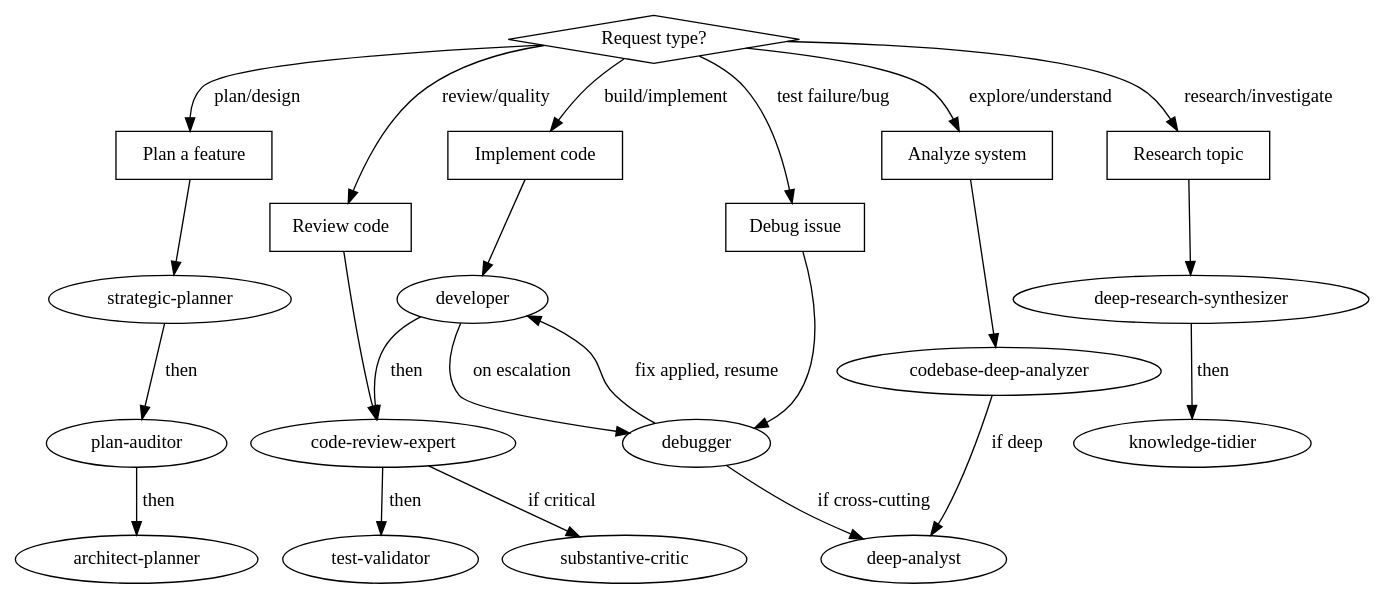
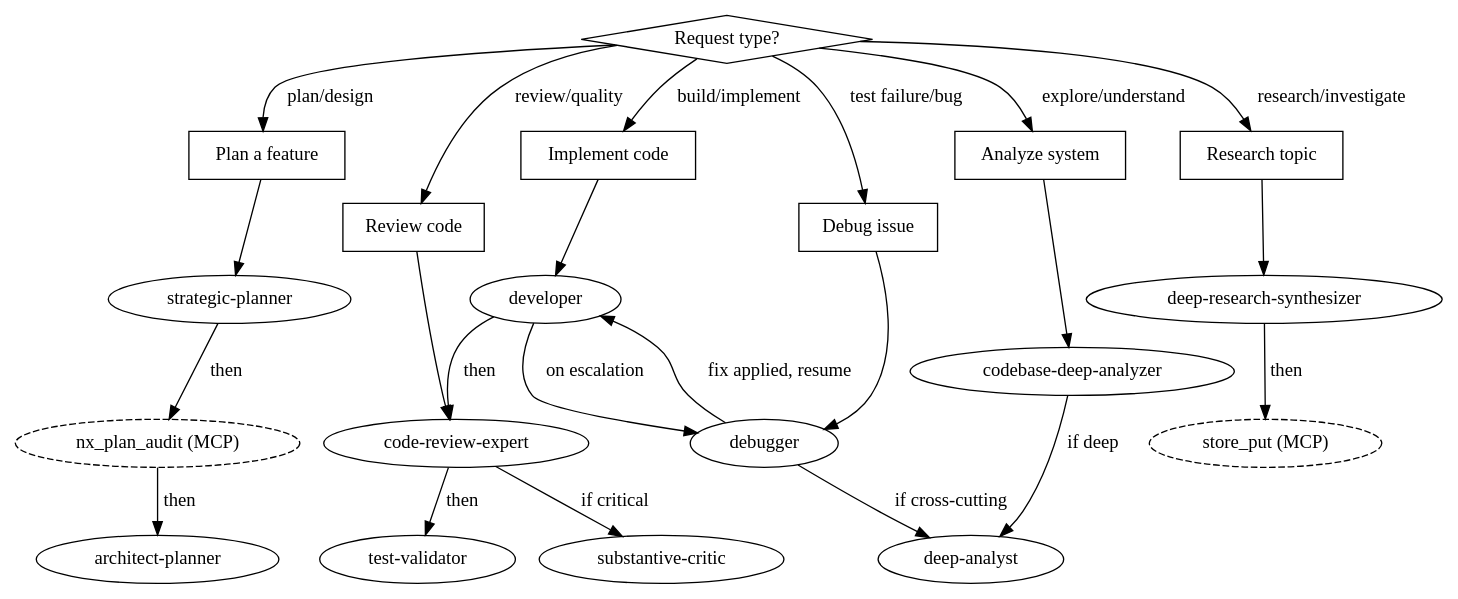
One commit to Hellblazer/nexus changed the diagram in nx/skills/orchestration/reference.md. Above: the diagram before and after it, drawn with Graphviz. The commit also changed other lines of this file and 27 other files, not shown here.

````diff
--- a/nx/skills/orchestration/reference.md
+++ b/nx/skills/orchestration/reference.md
@@ -7,55 +7,55 @@
 ```dot
 digraph routing {
     rankdir=TB;
     "Request type?" [shape=diamond];
 
     "Plan a feature" [shape=box];
     "Implement code" [shape=box];
     "Debug issue" [shape=box];
     "Review code" [shape=box];
     "Research topic" [shape=box];
     "Analyze system" [shape=box];
 
     "strategic-planner" [shape=ellipse];
-    "plan-auditor" [shape=ellipse];
+    "nx_plan_audit (MCP)" [shape=ellipse, style=dashed];
     "architect-planner" [shape=ellipse];
     "developer" [shape=ellipse];
     "code-review-expert" [shape=ellipse];
     "test-validator" [shape=ellipse];
     "debugger" [shape=ellipse];
     "deep-analyst" [shape=ellipse];
     "substantive-critic" [shape=ellipse];
     "deep-research-synthesizer" [shape=ellipse];
-    "knowledge-tidier" [shape=ellipse];
+    "store_put (MCP)" [shape=ellipse, style=dashed];
     "codebase-deep-analyzer" [shape=ellipse];
 
     "Request type?" -> "Plan a feature" [label="plan/design"];
     "Request type?" -> "Implement code" [label="build/implement"];
     "Request type?" -> "Debug issue" [label="test failure/bug"];
     "Request type?" -> "Review code" [label="review/quality"];
     "Request type?" -> "Research topic" [label="research/investigate"];
     "Request type?" -> "Analyze system" [label="explore/understand"];
 
     "Plan a feature" -> "strategic-planner";
-    "strategic-planner" -> "plan-auditor" [label="then"];
-    "plan-auditor" -> "architect-planner" [label="then"];
+    "strategic-planner" -> "nx_plan_audit (MCP)" [label="then"];
+    "nx_plan_audit (MCP)" -> "architect-planner" [label="then"];
 
     "Implement code" -> "developer";
     "developer" -> "code-review-expert" [label="then"];
     "developer" -> "debugger" [label="on escalation"];
     "debugger" -> "developer" [label="fix applied, resume"];
     "code-review-expert" -> "test-validator" [label="then"];
 
     "Debug issue" -> "debugger";
     "debugger" -> "deep-analyst" [label="if cross-cutting"];
 
     "Review code" -> "code-review-expert";
     "code-review-expert" -> "substantive-critic" [label="if critical"];
 
     "Research topic" -> "deep-research-synthesizer";
-    "deep-research-synthesizer" -> "knowledge-tidier" [label="then"];
+    "deep-research-synthesizer" -> "store_put (MCP)" [label="then"];
 
     "Analyze system" -> "codebase-deep-analyzer";
     "codebase-deep-analyzer" -> "deep-analyst" [label="if deep"];
 }
 ```
````
